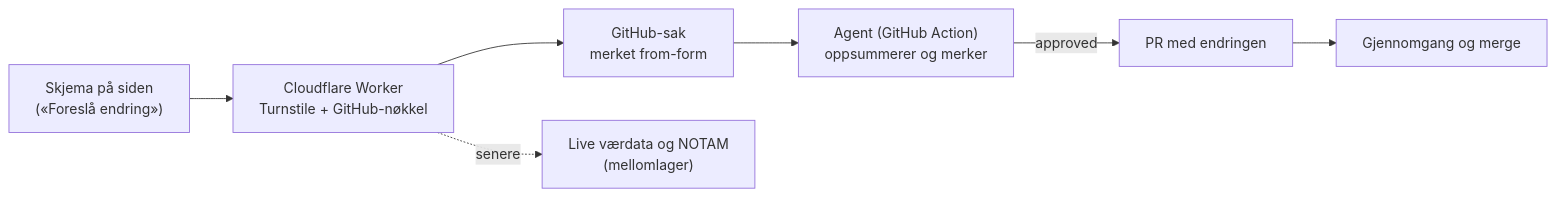
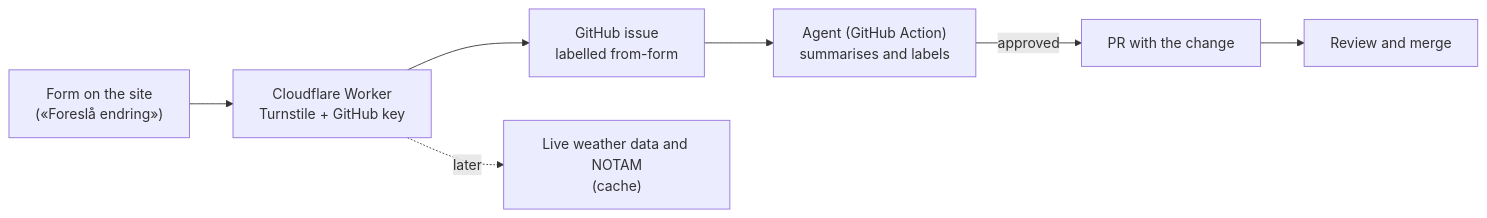
One commit to hpgt-com/flying-sites changed the sixth of 6 diagrams in docs/architecture.md. Above: the diagram before and after it, drawn with Mermaid. The commit also changed other lines of this file and 7 other files, not shown here.

````diff
--- a/docs/architecture.md
+++ b/docs/architecture.md
@@ -225,9 +230,9 @@
 ```mermaid
 flowchart LR
-  form["Skjema på siden<br/>(«Foreslå endring»)"] --> worker["Cloudflare Worker<br/>Turnstile + GitHub-nøkkel"]
-  worker --> issue["GitHub-sak<br/>merket from-form"]
-  issue --> agent["Agent (GitHub Action)<br/>oppsummerer og merker"]
-  agent -- "approved" --> pr["PR med endringen"]
-  pr --> review["Gjennomgang og merge"]
-  worker -. "senere" .-> live["Live værdata og NOTAM<br/>(mellomlager)"]
+  form["Form on the site<br/>(«Foreslå endring»)"] --> worker["Cloudflare Worker<br/>Turnstile + GitHub key"]
+  worker --> issue["GitHub issue<br/>labelled from-form"]
+  issue --> agent["Agent (GitHub Action)<br/>summarises and labels"]
+  agent -- "approved" --> pr["PR with the change"]
+  pr --> review["Review and merge"]
+  worker -. "later" .-> live["Live weather data and NOTAM<br/>(cache)"]
 ```
````
